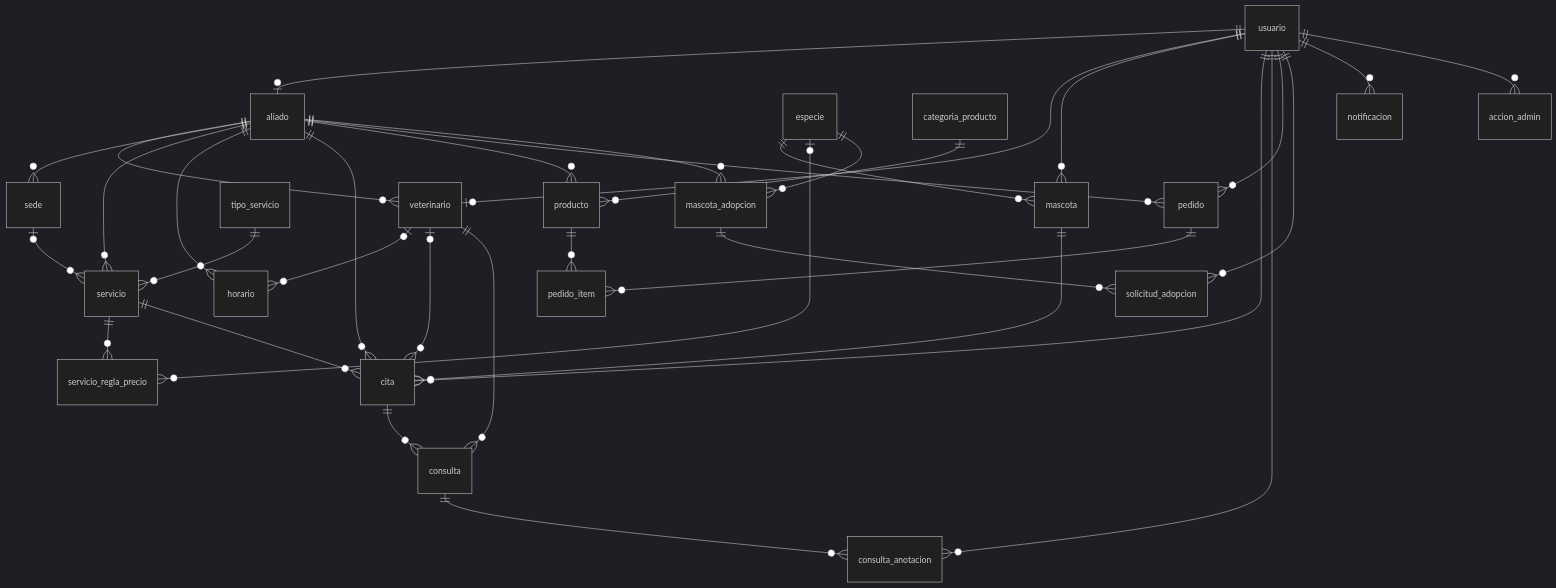
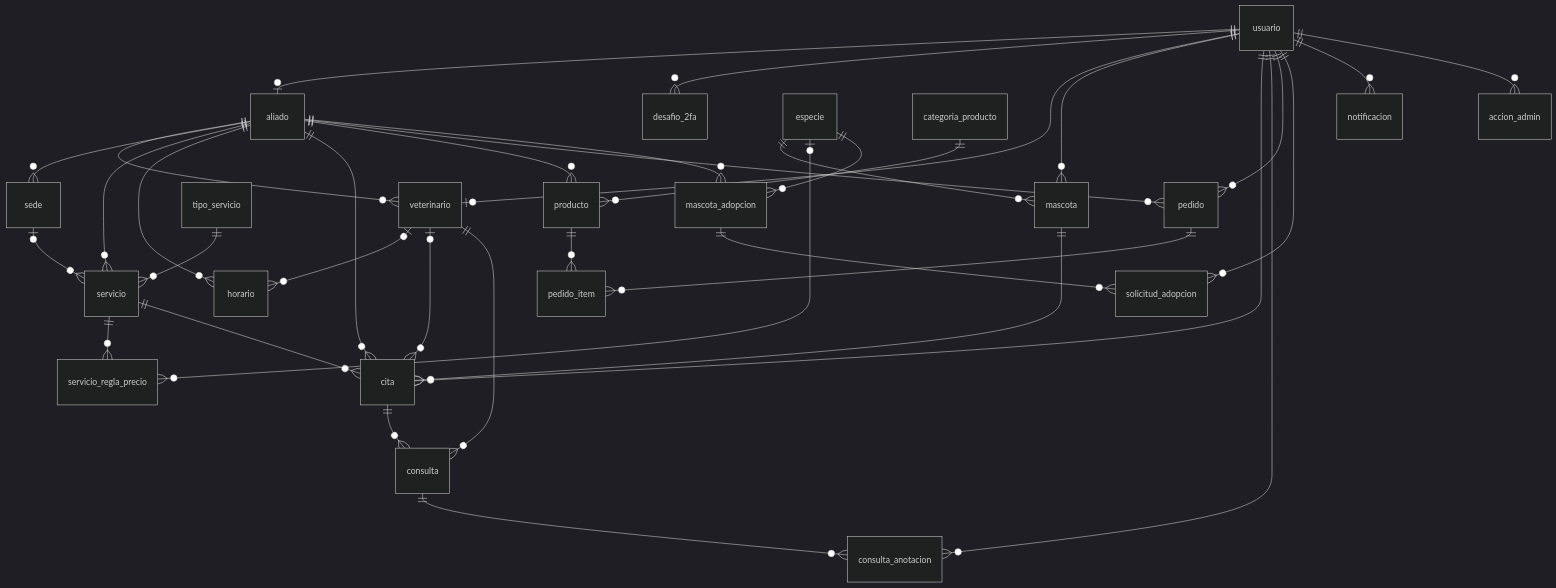
One commit to DanielTrujillo01/Veto-App changed the first of 7 diagrams in docs/diagramas_er.md. Above: the diagram before and after it, drawn with Mermaid (dark theme). The commit also changed other lines of this file and 18 other files, not shown here.

First line of the commit message:
Add secure password recovery flow

````diff
--- a/docs/diagramas_er.md
+++ b/docs/diagramas_er.md
@@ -3,37 +3,38 @@
 ```mermaid
 erDiagram
     usuario ||--o| aliado : ""
+    usuario ||--o{ desafio_2fa : ""
     aliado ||--o{ veterinario : ""
     usuario ||--o| veterinario : ""
     aliado ||--o{ sede : ""
     usuario ||--o{ mascota : ""
     especie ||--o{ mascota : ""
     aliado ||--o{ servicio : ""
     tipo_servicio ||--o{ servicio : ""
     sede |o--o{ servicio : ""
     servicio ||--o{ servicio_regla_precio : ""
     especie |o--o{ servicio_regla_precio : ""
     aliado ||--o{ horario : ""
     veterinario |o--o{ horario : ""
     usuario ||--o{ cita : ""
     aliado ||--o{ cita : ""
     mascota ||--o{ cita : ""
     servicio ||--o{ cita : ""
     veterinario |o--o{ cita : ""
     veterinario ||--o{ consulta : ""
     cita ||--o{ consulta : ""
     consulta ||--o{ consulta_anotacion : ""
     usuario ||--o{ consulta_anotacion : ""
     aliado ||--o{ producto : ""
     categoria_producto ||--o{ producto : ""
     usuario ||--o{ pedido : ""
     aliado ||--o{ pedido : ""
     pedido ||--o{ pedido_item : ""
     producto ||--o{ pedido_item : ""
     aliado ||--o{ mascota_adopcion : ""
     especie ||--o{ mascota_adopcion : ""
     mascota_adopcion ||--o{ solicitud_adopcion : ""
     usuario ||--o{ solicitud_adopcion : ""
     usuario ||--o{ notificacion : ""
     usuario ||--o{ accion_admin : ""
 ```
````
